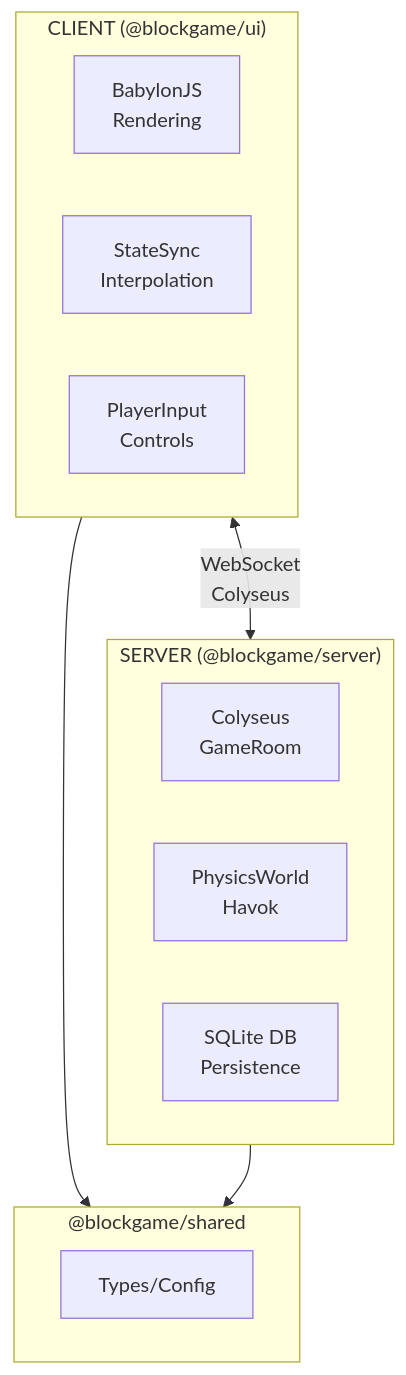
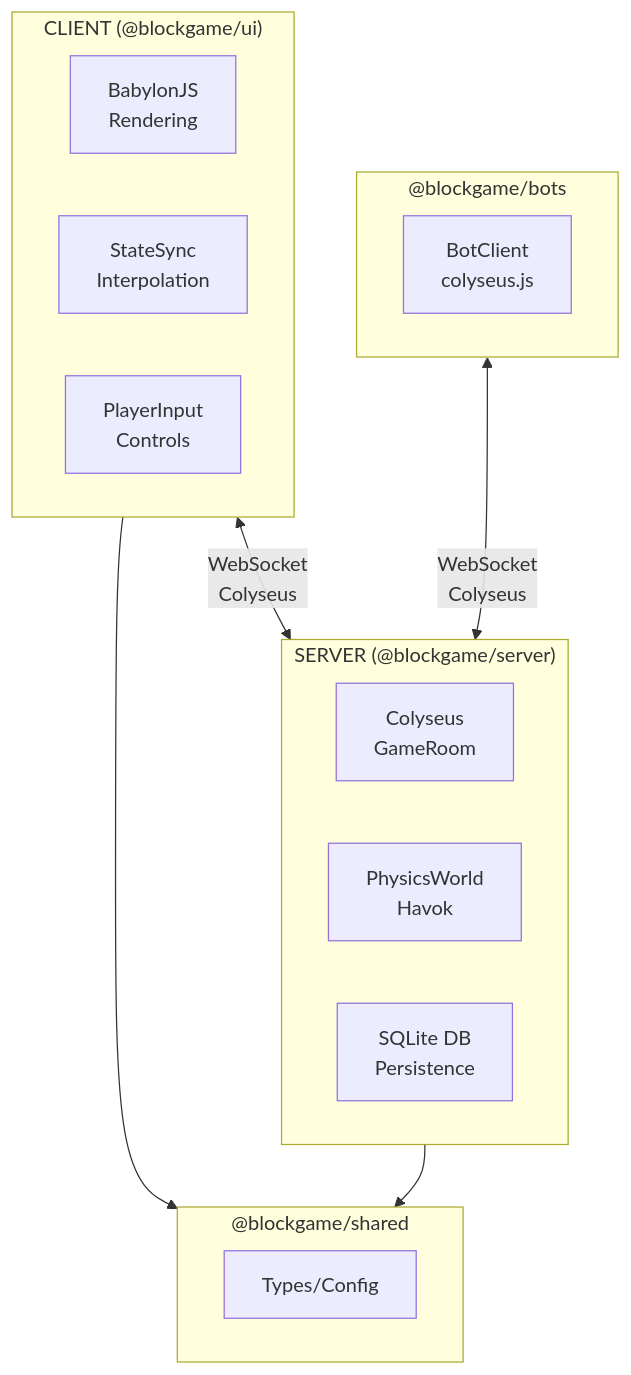
One commit to nguyenvanduocit/the-car-game changed the first of 8 diagrams in docs/ARCHITECTURE.md. Above: the diagram before and after it, drawn with Mermaid. The commit also changed other lines of this file and 18 other files, not shown here.

````diff
--- a/docs/ARCHITECTURE.md
+++ b/docs/ARCHITECTURE.md
@@ -16,22 +16,27 @@
 ```mermaid
 graph TB
     subgraph Client["CLIENT (@blockgame/ui)"]
         BJS[BabylonJS<br/>Rendering]
         SS[StateSync<br/>Interpolation]
         PI[PlayerInput<br/>Controls]
     end
 
     subgraph Server["SERVER (@blockgame/server)"]
         GR[Colyseus<br/>GameRoom]
         PW[PhysicsWorld<br/>Havok]
         DB[SQLite DB<br/>Persistence]
     end
 
     subgraph Shared["@blockgame/shared"]
         Types[Types/Config]
     end
 
+    subgraph Bots["@blockgame/bots"]
+        BC[BotClient<br/>colyseus.js]
+    end
+
     Client <-->|WebSocket<br/>Colyseus| Server
+    Bots <-->|WebSocket<br/>Colyseus| Server
     Client --> Shared
     Server --> Shared
 ```
````
